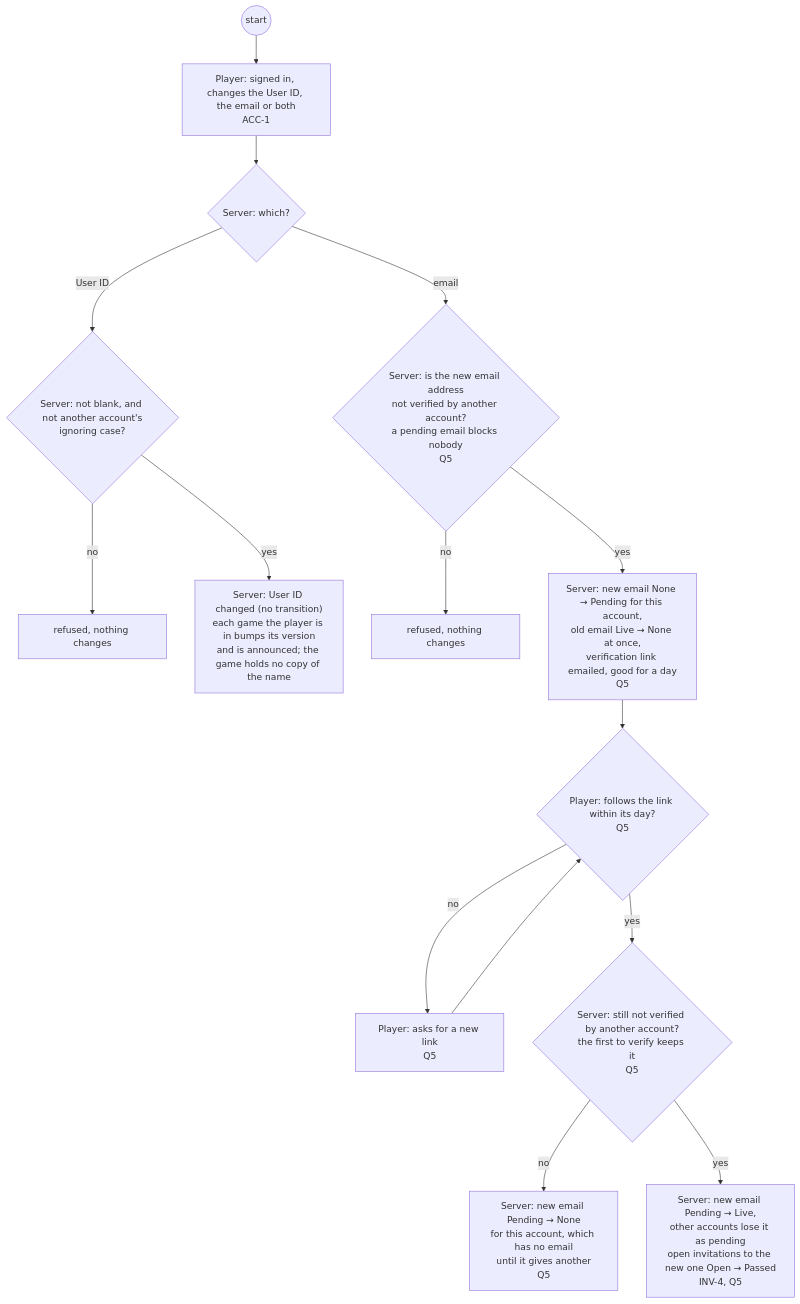
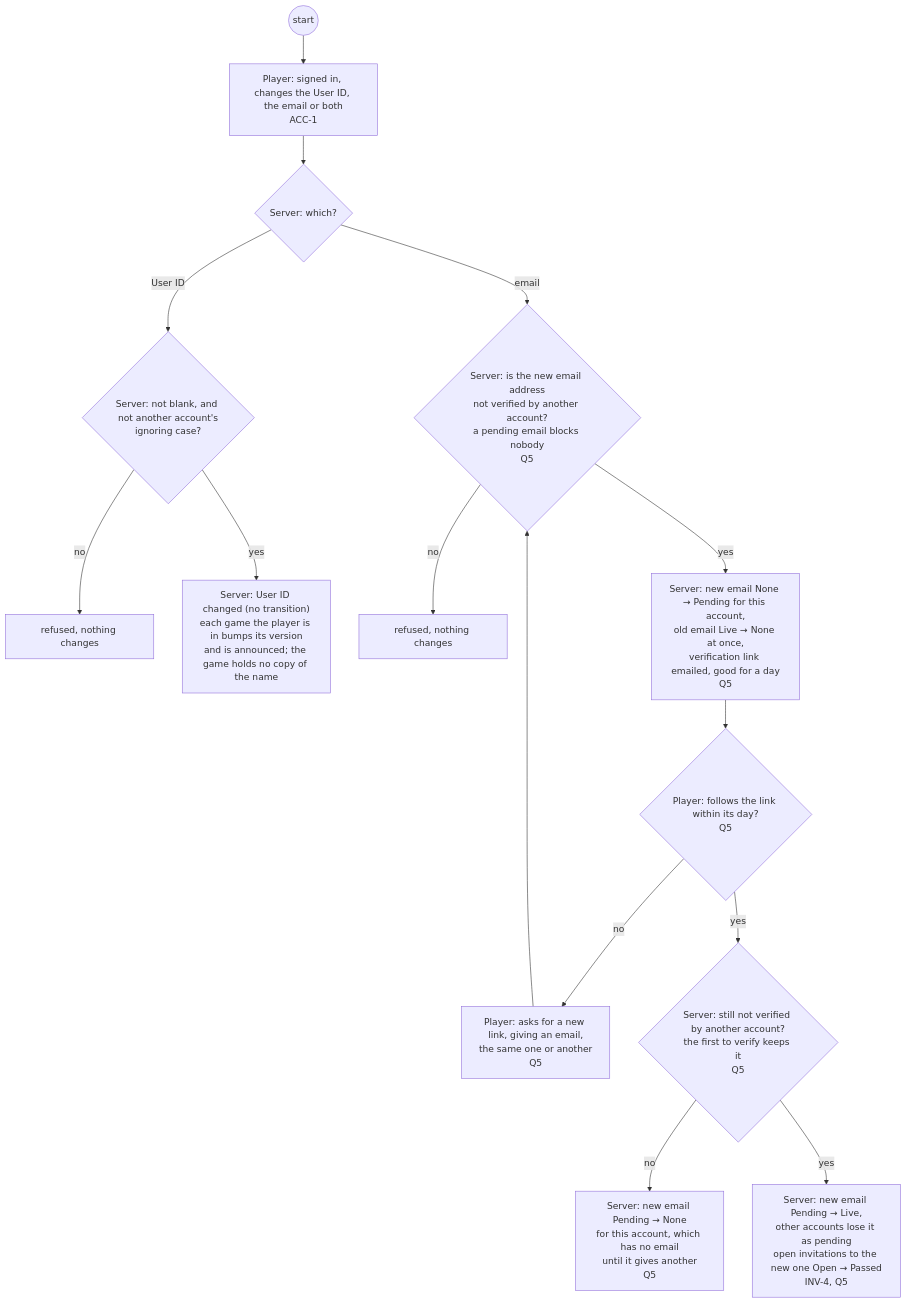
One commit to delphside/programme changed the fourth of 29 diagrams in docs/changes/workstreams/application-game-architecture/71-one-game-model/71-functional.md. Above: the diagram before and after it, drawn with Mermaid. The commit also changed other lines of this file, not shown here.

First line of the commit message:
app 0.9.2 api 2.16: asking for a new verification link gives an email

````diff
--- a/docs/changes/workstreams/application-game-architecture/71-one-game-model/71-functional.md
+++ b/docs/changes/workstreams/application-game-architecture/71-one-game-model/71-functional.md
@@ -133,17 +136,17 @@
 ```mermaid
 flowchart TD
   s0((start)) --> p1["Player: signed in, changes the User ID, the email or both<br/>ACC-1"]
   p1 --> d0{"Server: which?"}
   d0 -- "User ID" --> v1{"Server: not blank, and not another account's<br/>ignoring case?"}
   v1 -- no --> r1["refused, nothing changes"]
   v1 -- yes --> t1["Server: User ID changed (no transition)<br/>each game the player is in bumps its version<br/>and is announced; the game holds no copy of the name"]
   d0 -- "email" --> v2{"Server: is the new email address<br/>not verified by another account?<br/>a pending email blocks nobody<br/>Q5"}
   v2 -- no --> r2["refused, nothing changes"]
   v2 -- yes --> t2["Server: new email None → Pending for this account,<br/>old email Live → None at once,<br/>verification link emailed, good for a day<br/>Q5"]
   t2 --> d1{"Player: follows the link within its day?<br/>Q5"}
-  d1 -- no --> p3["Player: asks for a new link<br/>Q5"]
-  p3 --> d1
+  d1 -- no --> p3["Player: asks for a new link, giving an email,<br/>the same one or another<br/>Q5"]
+  p3 --> v2
   d1 -- yes --> v3{"Server: still not verified by another account?<br/>the first to verify keeps it<br/>Q5"}
   v3 -- no --> t3["Server: new email Pending → None<br/>for this account, which has no email<br/>until it gives another<br/>Q5"]
   v3 -- yes --> t4["Server: new email Pending → Live,<br/>other accounts lose it as pending<br/>open invitations to the new one Open → Passed<br/>INV-4, Q5"]
 ```
````
